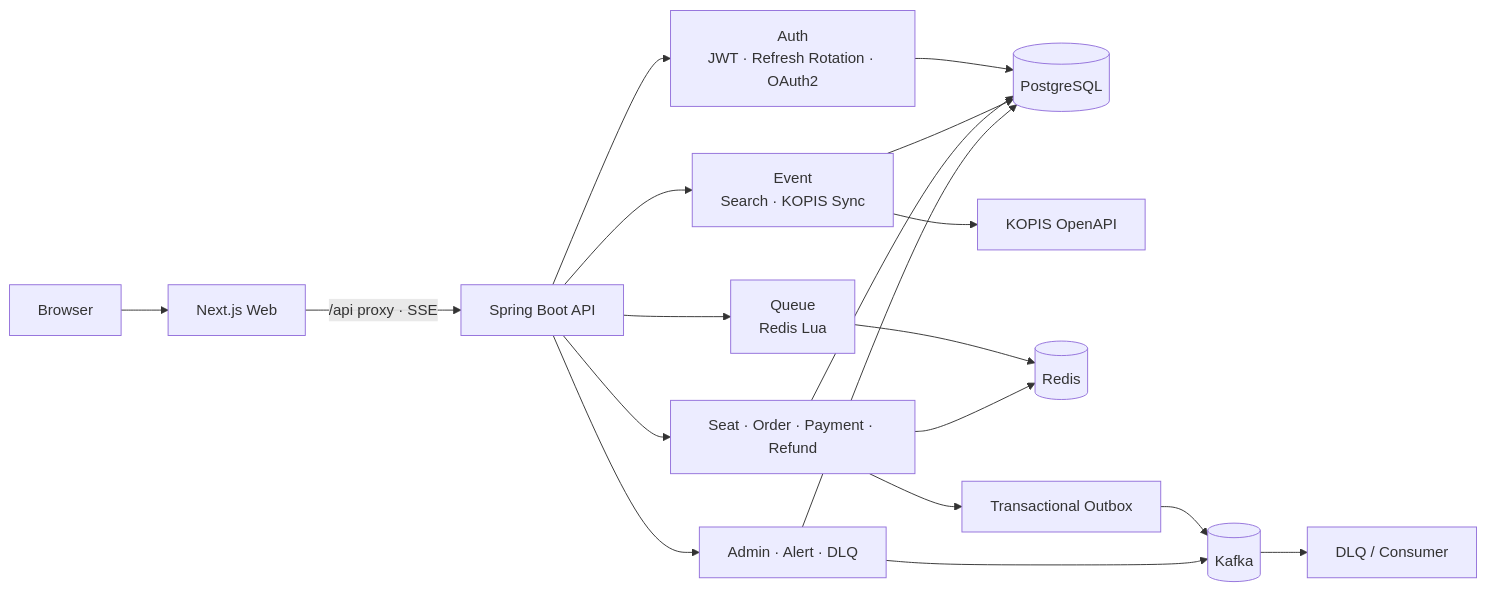
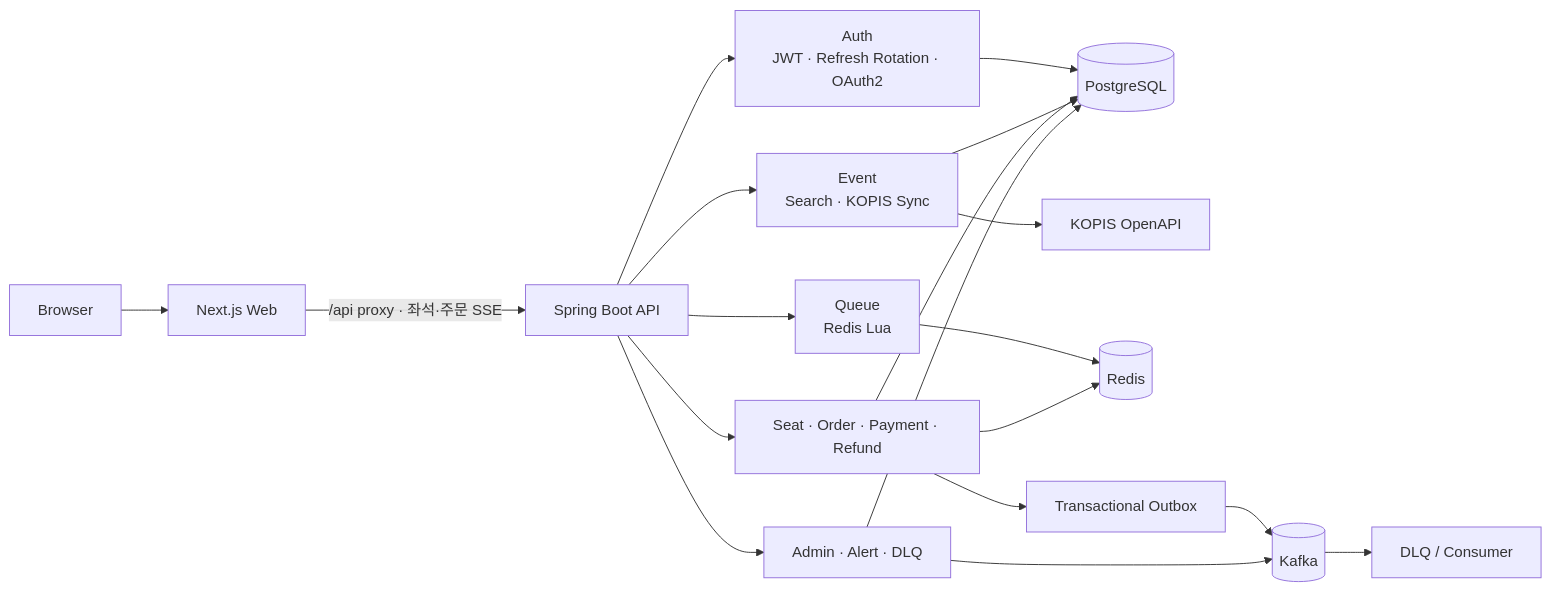
Before and after one commit to gumwoo/first_come-first_served: the first of 3 diagrams in README.md, drawn with Mermaid. The commit also changed other lines of this file and 1 other file, not shown here.

````diff
--- a/README.md
+++ b/README.md
@@ -32,23 +51,23 @@
 ```mermaid
 flowchart LR
     Browser["Browser"] --> Web["Next.js Web"]
-    Web -->|"/api proxy · SSE"| API["Spring Boot API"]
+    Web -->|"/api proxy · 좌석·주문 SSE"| API["Spring Boot API"]
 
     API --> Auth["Auth\nJWT · Refresh Rotation · OAuth2"]
     API --> Event["Event\nSearch · KOPIS Sync"]
     API --> Queue["Queue\nRedis Lua"]
     API --> Booking["Seat · Order · Payment · Refund"]
     API --> Admin["Admin · Alert · DLQ"]
 
     Auth --> Postgres[("PostgreSQL")]
     Event --> Postgres
     Event --> Kopis["KOPIS OpenAPI"]
     Queue --> Redis[("Redis")]
     Booking --> Postgres
     Booking --> Redis
     Booking --> Outbox["Transactional Outbox"]
     Outbox --> Kafka[("Kafka")]
     Kafka --> Dlq["DLQ / Consumer"]
     Admin --> Postgres
     Admin --> Kafka
 ```
````
